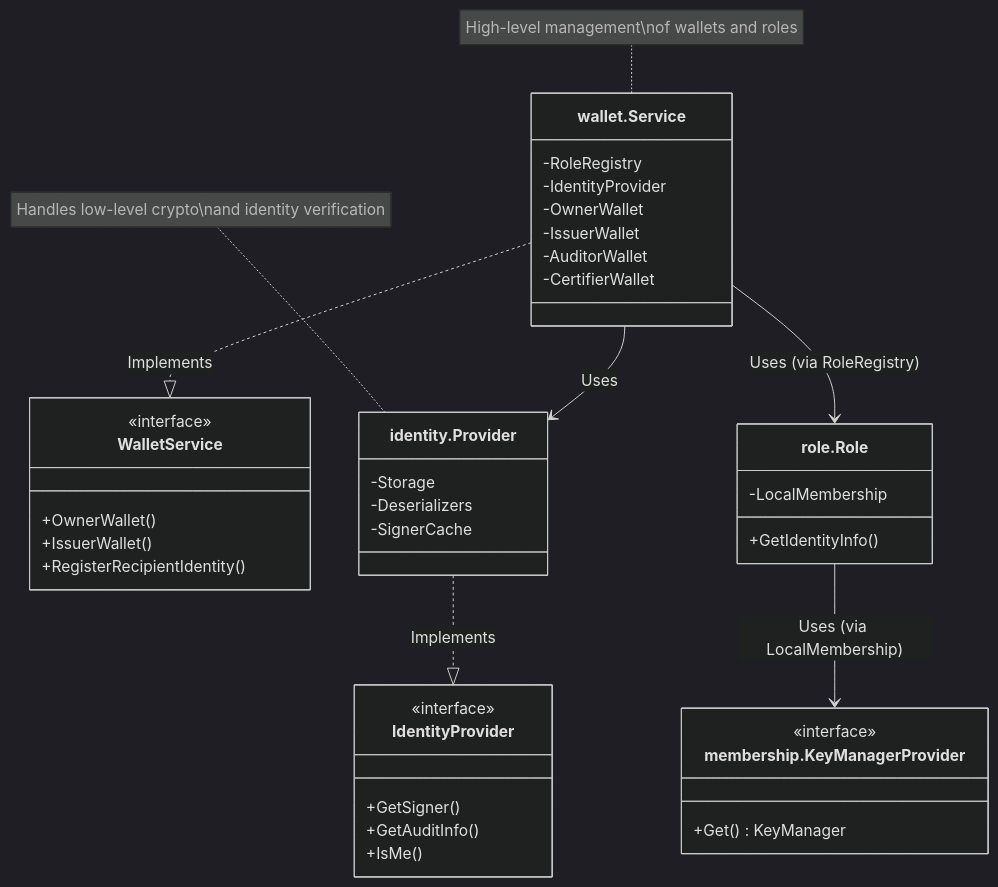
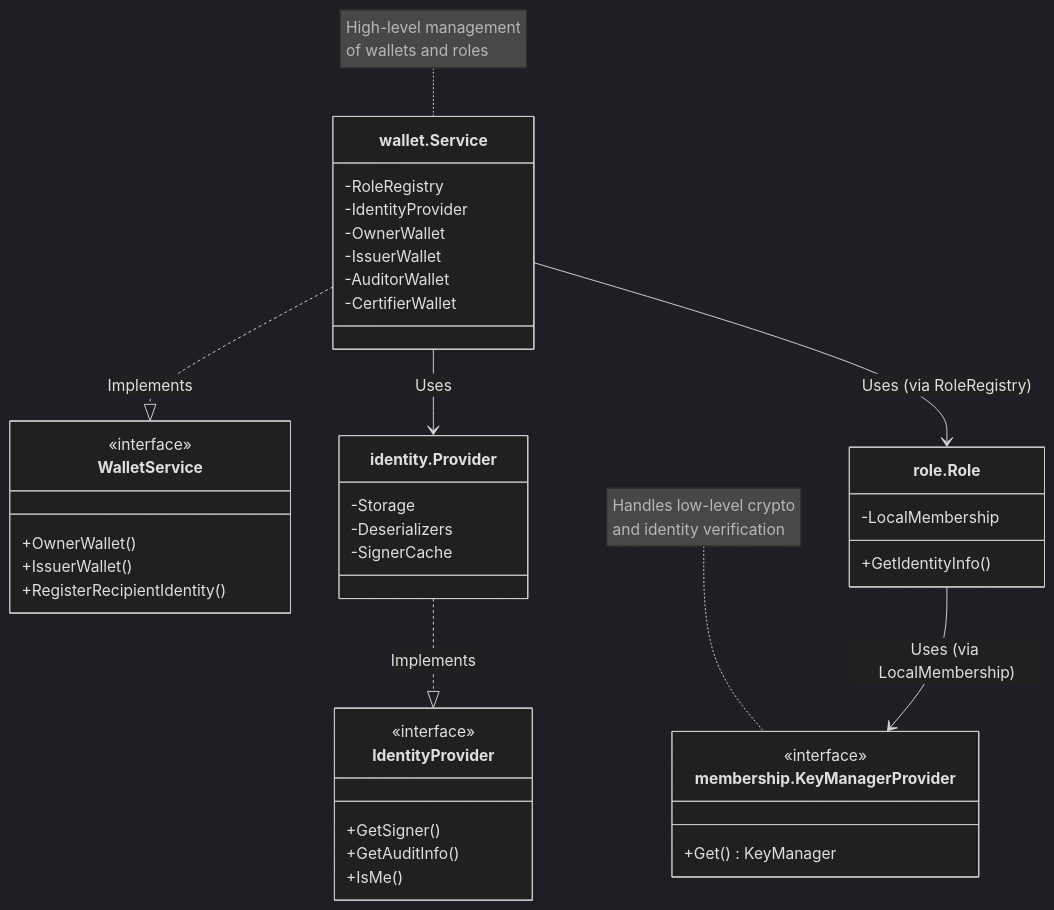
One commit to hyperledger-labs/fabric-token-sdk changed the diagram in docs/services/identity.md. Above: the diagram before and after it, drawn with Mermaid (dark theme). The commit also changed other lines of this file and 76 other files, not shown here.

````diff
--- a/docs/services/identity.md
+++ b/docs/services/identity.md
@@ -54,49 +37,49 @@
 ```mermaid
 classDiagram
     direction TB
-    %% Driver Interfaces
+%% Driver Interfaces
     class IdentityProvider {
         <<interface>>
         +GetSigner()
         +GetAuditInfo()
         +IsMe()
     }
     class WalletService {
         <<interface>>
         +OwnerWallet()
         +IssuerWallet()
         +RegisterRecipientIdentity()
     }
-    
-    %% Concrete Implementations
-    class identity.Provider {
+
+%% Concrete Implementations
+    class identity_Provider["identity.Provider"] {
         -Storage
         -Deserializers
         -SignerCache
     }
-    class wallet.Service {
+    class wallet_Service["wallet.Service"] {
         -RoleRegistry
         -IdentityProvider
         -OwnerWallet
         -IssuerWallet
         -AuditorWallet
         -CertifierWallet
     }
-    class role.Role {
-        -LocalMembership 
+    class role_Role["role.Role"] {
+        -LocalMembership
         +GetIdentityInfo()
     }
-    class membership.KeyManagerProvider {
+    class membership_KeyManagerProvider["membership.KeyManagerProvider"] {
         <<interface>>
         +Get() KeyManager
     }
 
-    identity.Provider ..|> IdentityProvider : Implements
-    wallet.Service ..|> WalletService : Implements
-    wallet.Service --> identity.Provider : Uses
-    wallet.Service --> role.Role : Uses (via RoleRegistry)
-    role.Role --> membership.KeyManagerProvider : Uses (via LocalMembership)
+    identity_Provider ..|> IdentityProvider : Implements
+    wallet_Service ..|> WalletService : Implements
+    wallet_Service --> identity_Provider : Uses
+    wallet_Service --> role_Role : Uses (via RoleRegistry)
+    role_Role --> membership_KeyManagerProvider : Uses (via LocalMembership)
 
-    note for identity.Provider "Handles low-level crypto\nand identity verification"
-    note for wallet.Service "High-level management\nof wallets and roles"
+    note for membership_KeyManagerProvider "Handles low-level crypto<br/>and identity verification"
+    note for wallet_Service "High-level management<br/>of wallets and roles"
 ```
````
